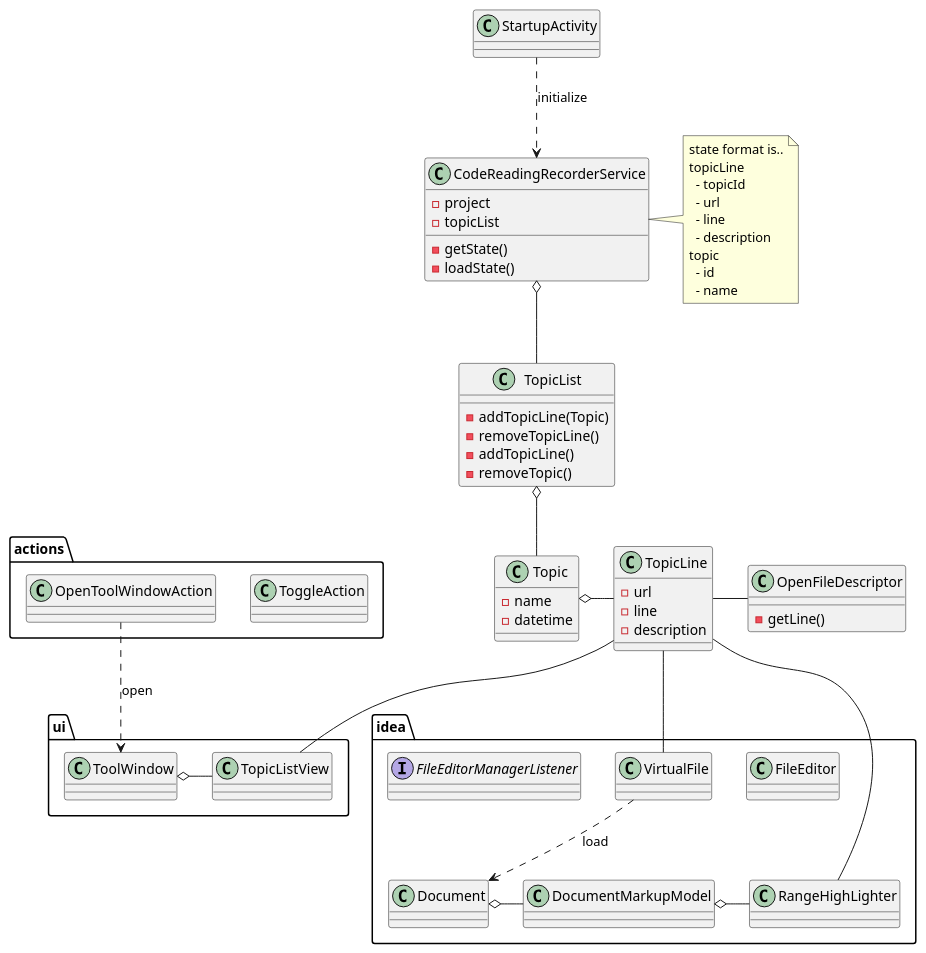
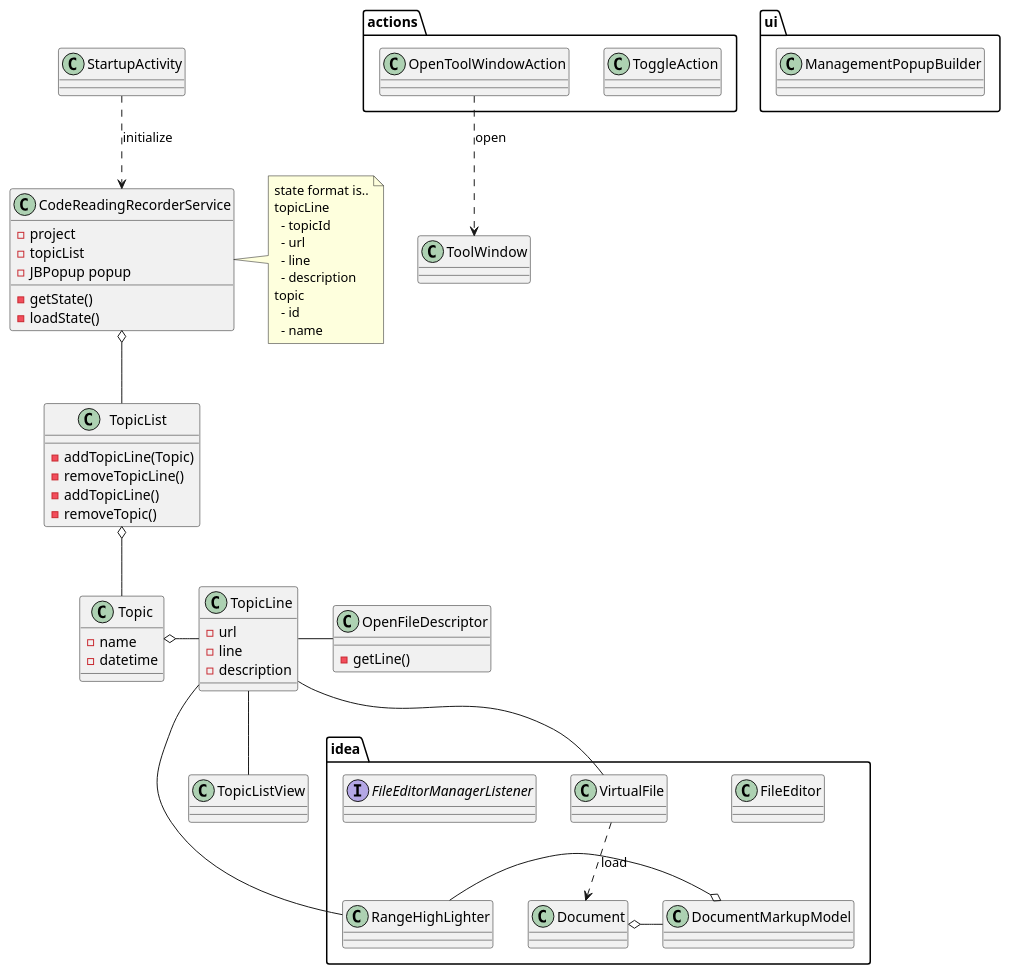
Before and after one commit to kitabatake/CodeReadingNote: the diagram in documents/class.puml, drawn with PlantUML. The commit also changed 4 other files, not shown here.

```diff
--- a/documents/class.puml
+++ b/documents/class.puml
@@ -1,89 +1,88 @@
 @startuml
 class TopicLine {
     - url
     - line
     - description
 }
 class Topic {
     - name
     - datetime
 }
 
 class TopicList {
     - addTopicLine(Topic)
     - removeTopicLine()
     - addTopicLine()
     - removeTopic()
 }
 
 class CodeReadingRecorderService {
   - project
   - topicList
+  - JBPopup popup
+
   - getState()
   - loadState()
 }
 
 note right of CodeReadingRecorderService
    state format is..
    topicLine
      - topicId
      - url
      - line
      - description
    topic
      - id
      - name
 end note
 
 class OpenFileDescriptor {
     - getLine()
 }
 
 class StartupActivity
 
 
 package idea {
     class FileEditor
     class VirtualFile
 
     class Document
     class DocumentMarkupModel
     class RangeHighLighter
 
     interface FileEditorManagerListener
 
     Document o- DocumentMarkupModel
     DocumentMarkupModel o- RangeHighLighter
 
     VirtualFile ..> Document : load
 }
 
 package ui {
-    class ToolWindow
-    class TopicListView
-
-    ToolWindow o- TopicListView
+    class ManagementPopupBuilder
 }
 
 package actions {
     class ToggleAction
     class OpenToolWindowAction
 }
 
 
 /' relation '/
 StartupActivity ..> CodeReadingRecorderService : initialize
 CodeReadingRecorderService o-- TopicList
 
 TopicList o-- Topic
 Topic o- TopicLine
 
 TopicLine -- VirtualFile
 TopicLine - OpenFileDescriptor
 TopicLine -- RangeHighLighter
 
 TopicLine -- TopicListView
 
 OpenToolWindowAction ..> ToolWindow : open
 
 @enduml
```
